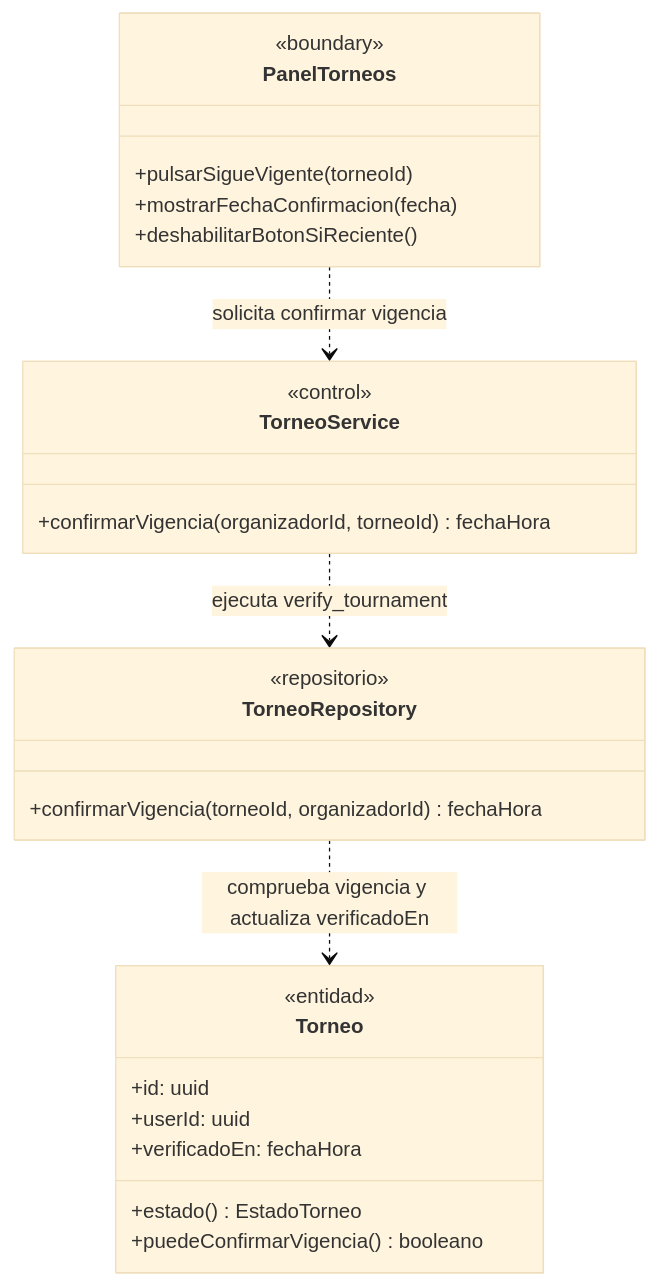
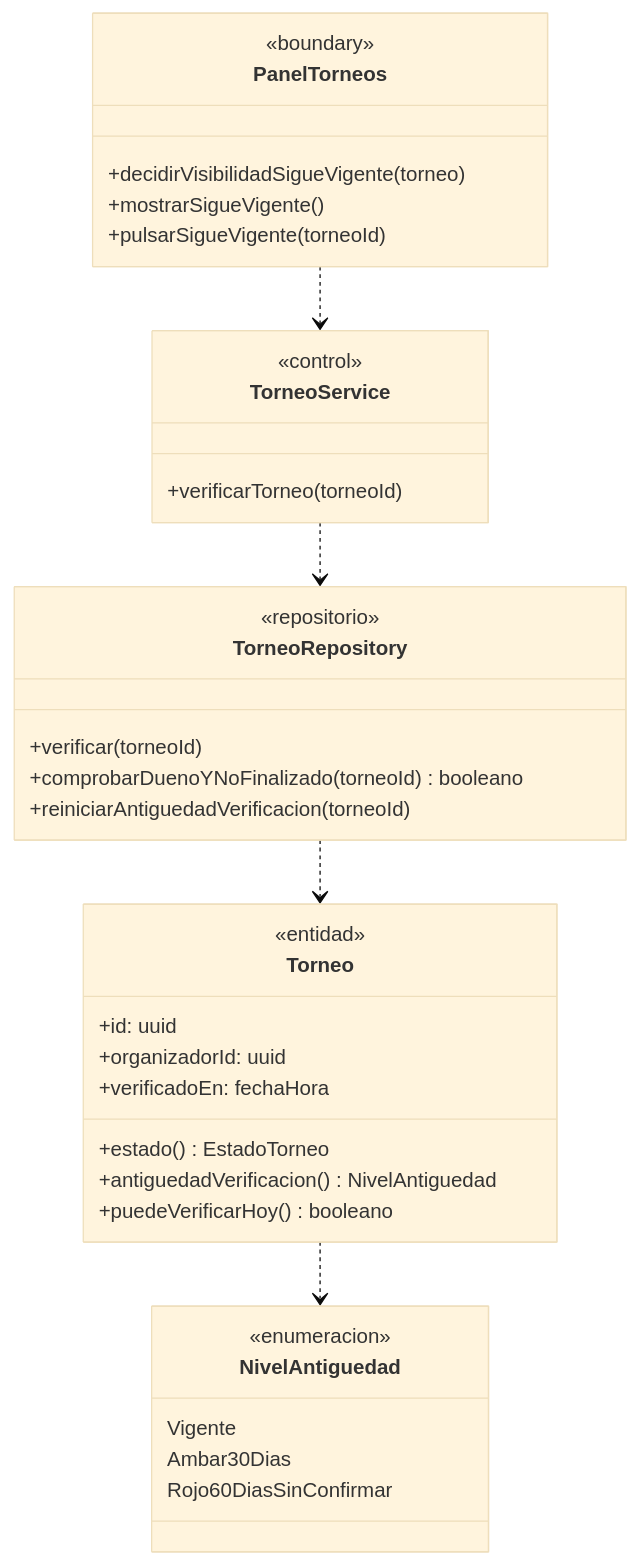
The fifth of 8 diagrams in docs/diagramas-de-clase/organizador.md (nicqletal/torneos-scraper), drawn with Mermaid (base theme) before and after one commit. The commit also changed other lines of this file and 13 other files, not shown here.

````diff
--- a/docs/diagramas-de-clase/organizador.md
+++ b/docs/diagramas-de-clase/organizador.md
@@ -321,29 +383,38 @@
 ```mermaid
 classDiagram
-direction TB
 class PanelTorneos {
   <<boundary>>
+  +decidirVisibilidadSigueVigente(torneo)
+  +mostrarSigueVigente()
   +pulsarSigueVigente(torneoId)
-  +mostrarFechaConfirmacion(fecha)
-  +deshabilitarBotonSiReciente()
 }
 class TorneoService {
   <<control>>
-  +confirmarVigencia(organizadorId, torneoId) fechaHora
+  +verificarTorneo(torneoId)
 }
 class TorneoRepository {
   <<repositorio>>
-  +confirmarVigencia(torneoId, organizadorId) fechaHora
+  +verificar(torneoId)
+  +comprobarDuenoYNoFinalizado(torneoId) booleano
+  +reiniciarAntiguedadVerificacion(torneoId)
 }
 class Torneo {
   <<entidad>>
   +id: uuid
-  +userId: uuid
+  +organizadorId: uuid
   +verificadoEn: fechaHora
   +estado() EstadoTorneo
-  +puedeConfirmarVigencia() booleano
+  +antiguedadVerificacion() NivelAntiguedad
+  +puedeVerificarHoy() booleano
 }
-PanelTorneos ..> TorneoService : solicita confirmar vigencia
-TorneoService ..> TorneoRepository : ejecuta verify_tournament
-TorneoRepository ..> Torneo : comprueba vigencia y actualiza verificadoEn
+class NivelAntiguedad {
+  <<enumeracion>>
+  Vigente
+  Ambar30Dias
+  Rojo60DiasSinConfirmar
+}
+PanelTorneos ..> TorneoService
+TorneoService ..> TorneoRepository
+TorneoRepository ..> Torneo
+Torneo ..> NivelAntiguedad
 ```
````
